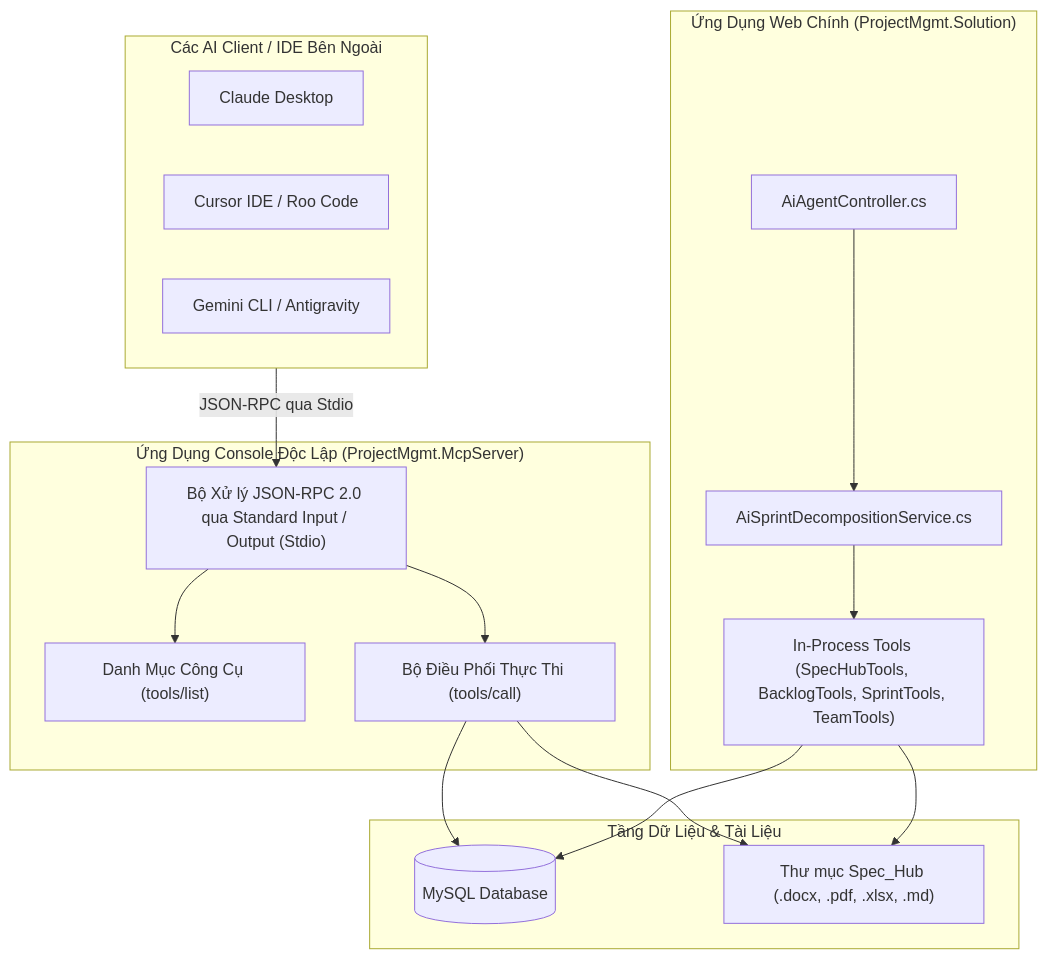
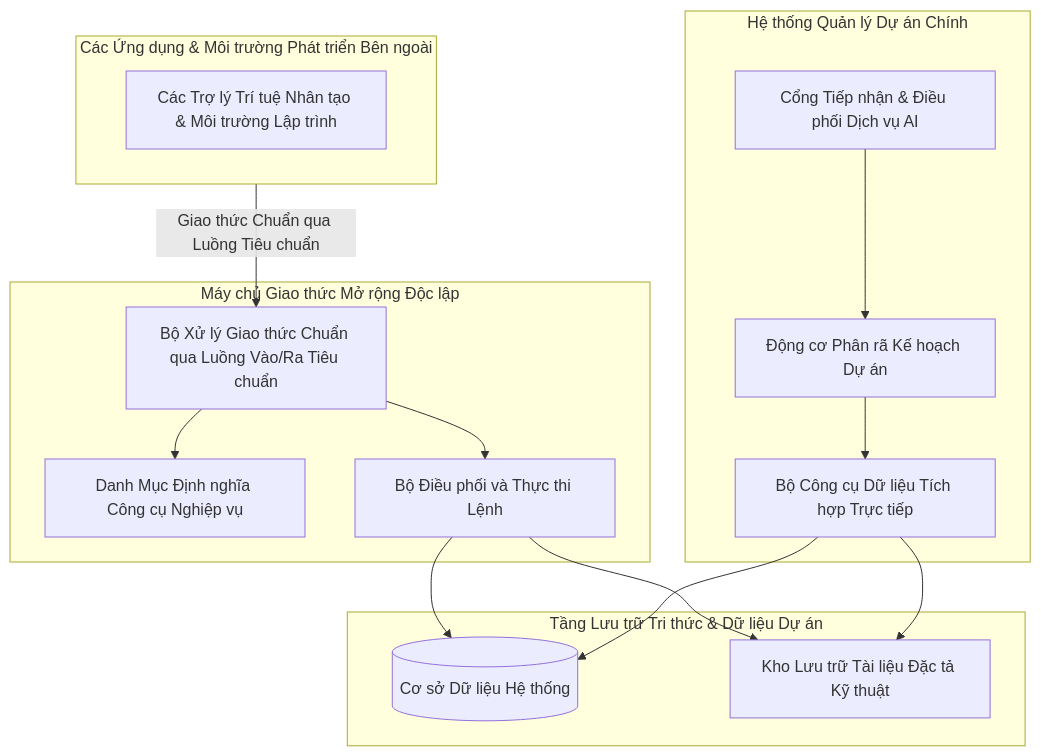
One commit to TranHoang2k40525/ProjectMgmt changed the diagram in docs/ai/05-mcp-server-va-tools.md. Above: the diagram before and after it, drawn with Mermaid. The commit also changed 6 other files, not shown here.

Commit message:
docs(ai): sanitize diagrams to architectural naming convention without code files, tech or method leakage

````diff
--- a/docs/ai/05-mcp-server-va-tools.md
+++ b/docs/ai/05-mcp-server-va-tools.md
@@ -16,36 +16,34 @@
 ```mermaid
 flowchart TD
-    subgraph EXTERNAL["Các AI Client / IDE Bên Ngoài"]
-        ClaudeDesktop["Claude Desktop"]
-        Cursor["Cursor IDE / Roo Code"]
-        GeminiCli["Gemini CLI / Antigravity"]
+    subgraph EXTERNAL["Các Ứng dụng & Môi trường Phát triển Bên ngoài"]
+        ExtClients["Các Trợ lý Trí tuệ Nhân tạo & Môi trường Lập trình"]
     end
 
-    subgraph MCP_SERVER["Ứng Dụng Console Độc Lập (ProjectMgmt.McpServer)"]
-        StdioHandler["Bộ Xử lý JSON-RPC 2.0 qua Standard Input / Output (Stdio)"]
-        ToolsList["Danh Mục Công Cụ (tools/list)"]
-        ToolExecutor["Bộ Điều Phối Thực Thi (tools/call)"]
+    subgraph MCP_SERVER["Máy chủ Giao thức Mở rộng Độc lập"]
+        StdioHandler["Bộ Xử lý Giao thức Chuẩn qua Luồng Vào/Ra Tiêu chuẩn"]
+        ToolsList["Danh Mục Định nghĩa Công cụ Nghiệp vụ"]
+        ToolExecutor["Bộ Điều phối và Thực thi Lệnh"]
     end
 
-    subgraph WEB_APP["Ứng Dụng Web Chính (ProjectMgmt.Solution)"]
-        Controller["AiAgentController.cs"]
-        InProcessPipeline["AiSprintDecompositionService.cs"]
-        InProcessTools["In-Process Tools (SpecHubTools, BacklogTools, SprintTools, TeamTools)"]
+    subgraph WEB_APP["Hệ thống Quản lý Dự án Chính"]
+        Controller["Cổng Tiếp nhận & Điều phối Dịch vụ AI"]
+        InProcessPipeline["Động cơ Phân rã Kế hoạch Dự án"]
+        InProcessTools["Bộ Công cụ Dữ liệu Tích hợp Trực tiếp"]
     end
 
-    subgraph DATA["Tầng Dữ Liệu & Tài Liệu"]
-        MySQL[("MySQL Database")]
-        SpecFolder["Thư mục Spec_Hub (.docx, .pdf, .xlsx, .md)"]
+    subgraph DATA["Tầng Lưu trữ Tri thức & Dữ liệu Dự án"]
+        Database[("Cơ sở Dữ liệu Hệ thống")]
+        SpecFolder["Kho Lưu trữ Tài liệu Đặc tả Kỹ thuật"]
     end
 
-    EXTERNAL -->|JSON-RPC qua Stdio| StdioHandler
+    EXTERNAL -->|Giao thức Chuẩn qua Luồng Tiêu chuẩn| StdioHandler
     StdioHandler --> ToolsList
     StdioHandler --> ToolExecutor
-    ToolExecutor --> MySQL
+    ToolExecutor --> Database
     ToolExecutor --> SpecFolder
 
     Controller --> InProcessPipeline
     InProcessPipeline --> InProcessTools
-    InProcessTools --> MySQL
+    InProcessTools --> Database
     InProcessTools --> SpecFolder
 ```
````
